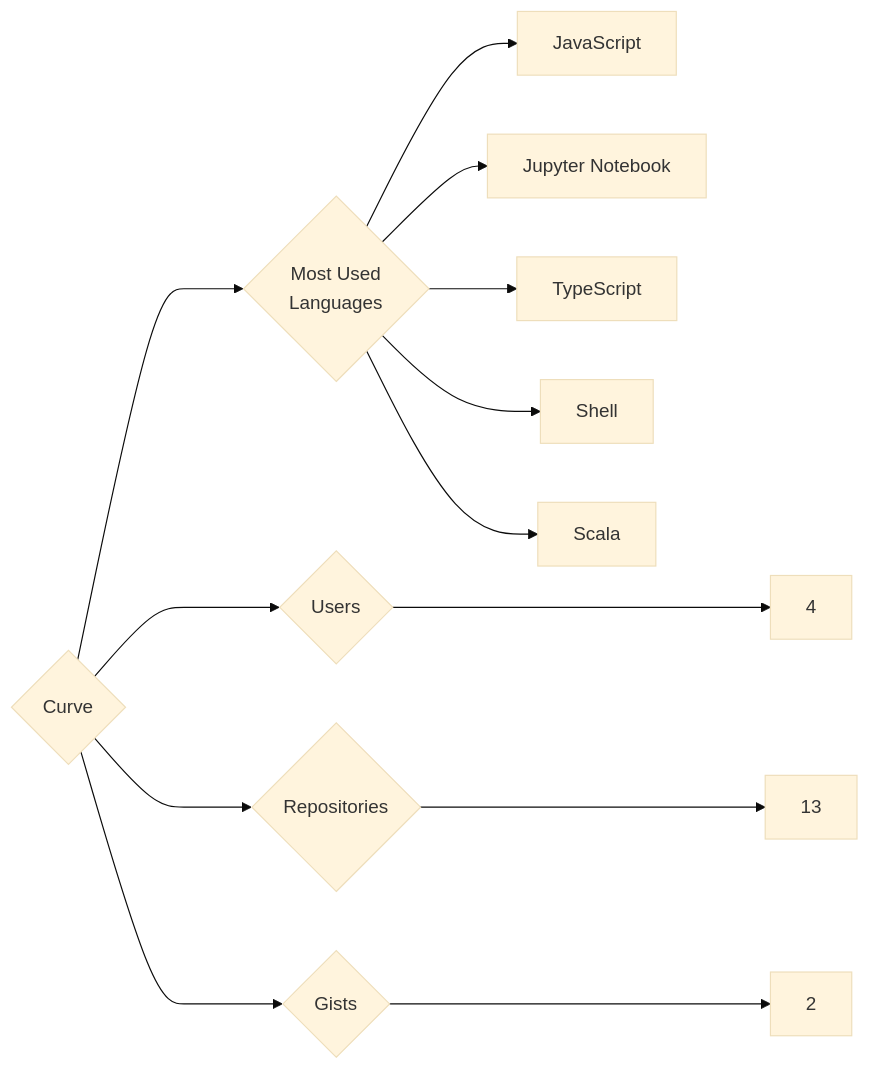
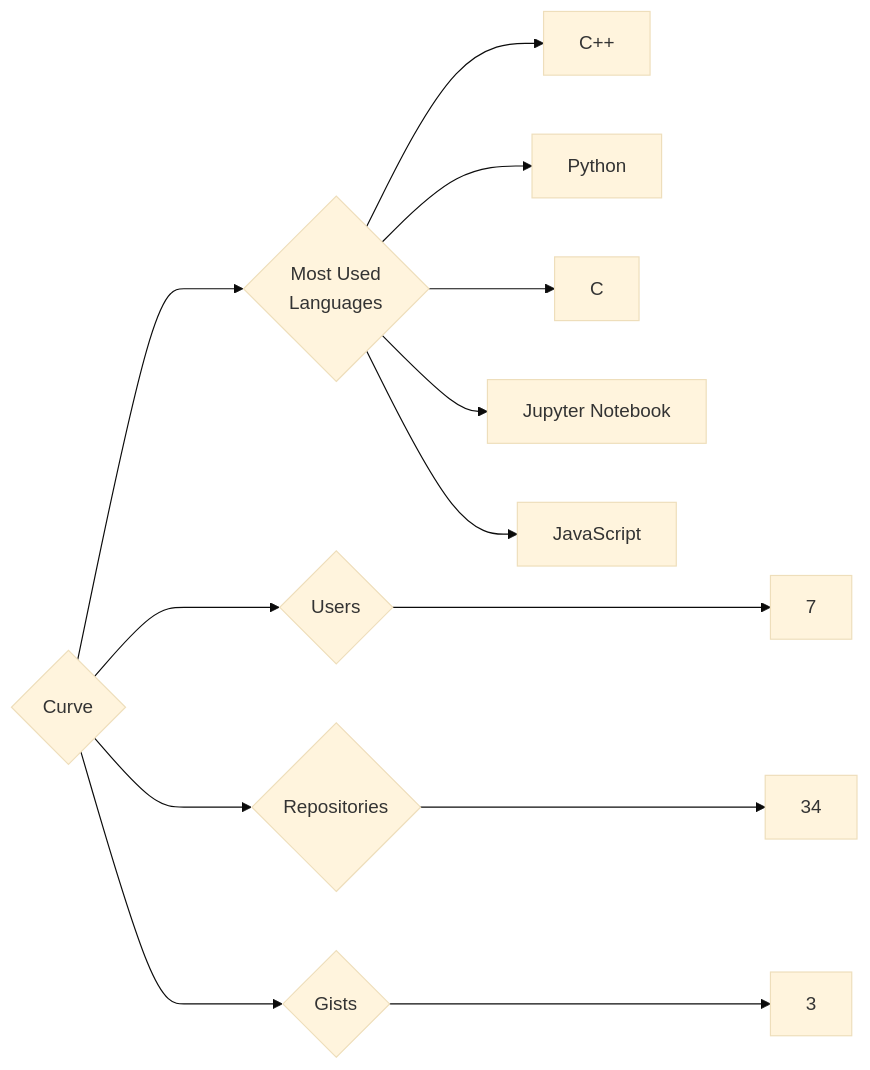
The diagram in targets/Curve/README.md (trickest/insiders), drawn with Mermaid (base theme) before and after one commit. The commit also changed 783 other files, not shown here.

````diff
--- a/targets/Curve/README.md
+++ b/targets/Curve/README.md
@@ -3,13 +3,13 @@
 ```mermaid
 graph LR
 COMPANY_NAME{Curve}
-COMPANY_NAME ---> U{Users} ---> UN[4]
-COMPANY_NAME ---> R{Repositories} ---> RN[13]
-COMPANY_NAME ---> G{Gists} ---> GN[2]
+COMPANY_NAME ---> U{Users} ---> UN[7]
+COMPANY_NAME ---> R{Repositories} ---> RN[34]
+COMPANY_NAME ---> G{Gists} ---> GN[3]
 COMPANY_NAME ---> ML{Most Used<br>Languages}
+ML --> C++[C++]
+ML --> Python[Python]
+ML --> C[C]
+ML --> Jupyter_Notebook[Jupyter Notebook]
 ML --> JavaScript[JavaScript]
-ML --> Jupyter_Notebook[Jupyter Notebook]
-ML --> TypeScript[TypeScript]
-ML --> Shell[Shell]
-ML --> Scala[Scala]
 ```
````
